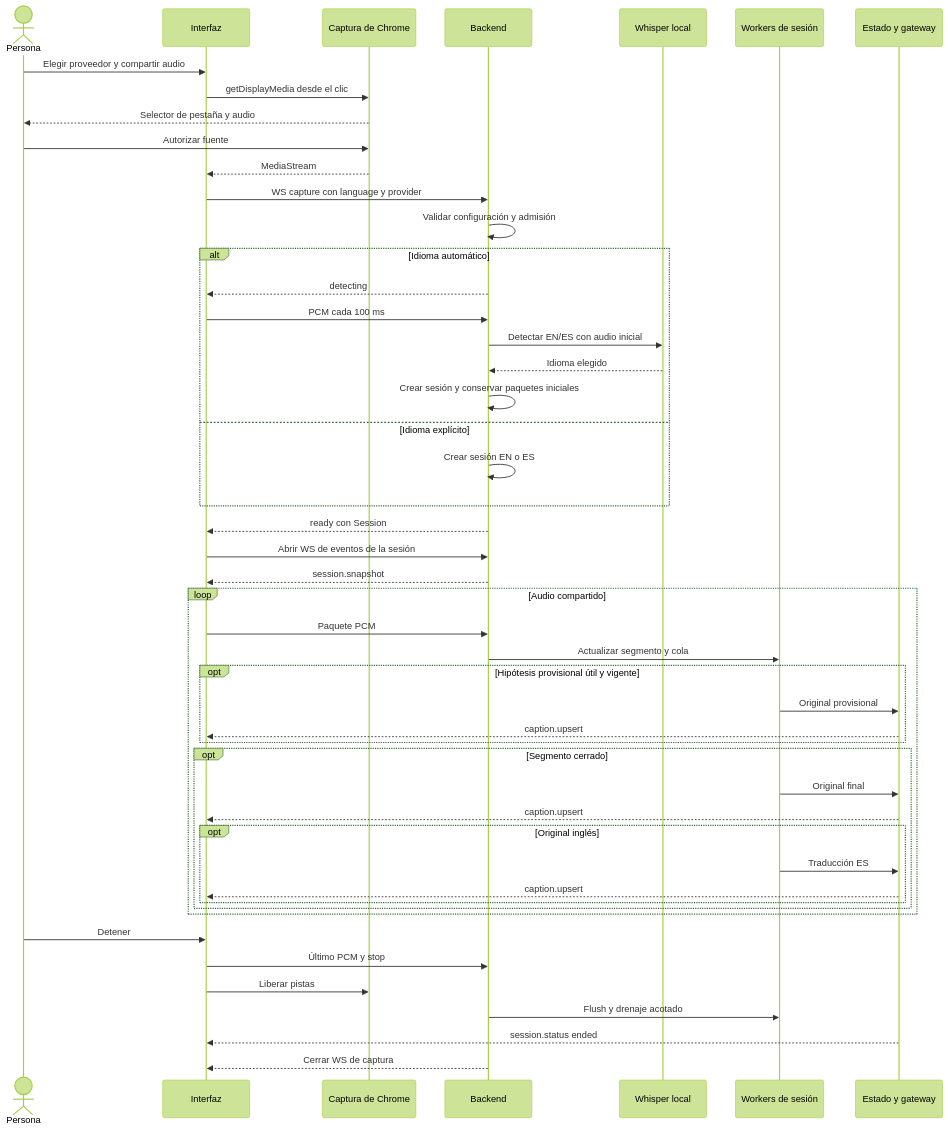
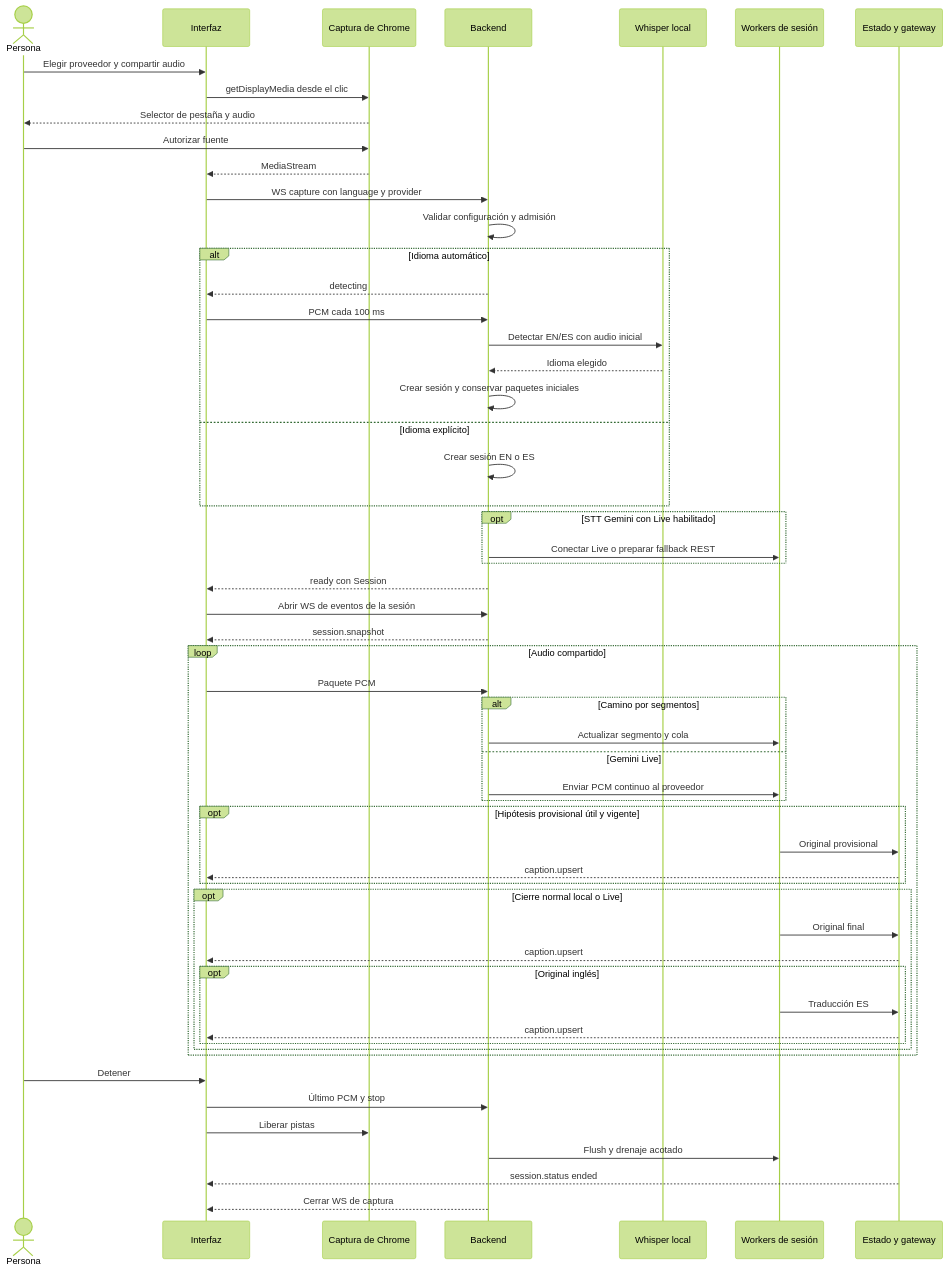
Before and after one commit to dnluc/decilo: the third of 19 diagrams in docs/ARQUITECTURA.md, drawn with Mermaid (forest theme). The commit also changed other lines of this file and 53 other files, not shown here.

Commit message:
docs: sincronizar guias y arquitectura con Gemini Live y ASR incremental

````diff
--- a/docs/ARQUITECTURA.md
+++ b/docs/ARQUITECTURA.md
@@ -159,51 +163,58 @@
 ```mermaid
 sequenceDiagram
     actor User as Persona
     participant UI as Interfaz
     participant Chrome as Captura de Chrome
     participant API as Backend
     participant Detect as Whisper local
     participant Worker as Workers de sesión
     participant Stream as Estado y gateway
     User->>UI: Elegir proveedor y compartir audio
     UI->>Chrome: getDisplayMedia desde el clic
     Chrome-->>User: Selector de pestaña y audio
     User->>Chrome: Autorizar fuente
     Chrome-->>UI: MediaStream
     UI->>API: WS capture con language y provider
     API->>API: Validar configuración y admisión
     alt Idioma automático
         API-->>UI: detecting
         UI->>API: PCM cada 100 ms
         API->>Detect: Detectar EN/ES con audio inicial
         Detect-->>API: Idioma elegido
         API->>API: Crear sesión y conservar paquetes iniciales
     else Idioma explícito
         API->>API: Crear sesión EN o ES
     end
+    opt STT Gemini con Live habilitado
+        API->>Worker: Conectar Live o preparar fallback REST
+    end
     API-->>UI: ready con Session
     UI->>API: Abrir WS de eventos de la sesión
     API-->>UI: session.snapshot
     loop Audio compartido
         UI->>API: Paquete PCM
-        API->>Worker: Actualizar segmento y cola
+        alt Camino por segmentos
+            API->>Worker: Actualizar segmento y cola
+        else Gemini Live
+            API->>Worker: Enviar PCM continuo al proveedor
+        end
         opt Hipótesis provisional útil y vigente
             Worker->>Stream: Original provisional
             Stream-->>UI: caption.upsert
         end
-        opt Segmento cerrado
+        opt Cierre normal local o Live
             Worker->>Stream: Original final
             Stream-->>UI: caption.upsert
             opt Original inglés
                 Worker->>Stream: Traducción ES
                 Stream-->>UI: caption.upsert
             end
         end
     end
     User->>UI: Detener
     UI->>API: Último PCM y stop
     UI->>Chrome: Liberar pistas
     API->>Worker: Flush y drenaje acotado
     Stream-->>UI: session.status ended
     API-->>UI: Cerrar WS de captura
 ```
````
